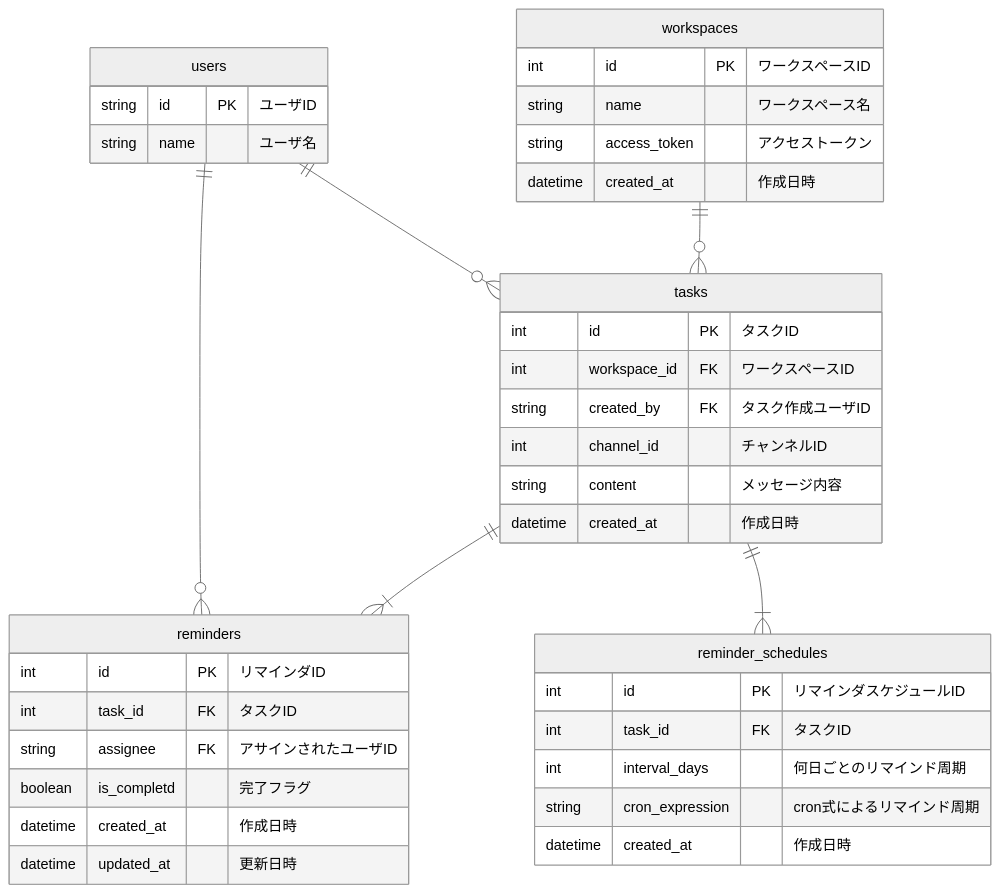
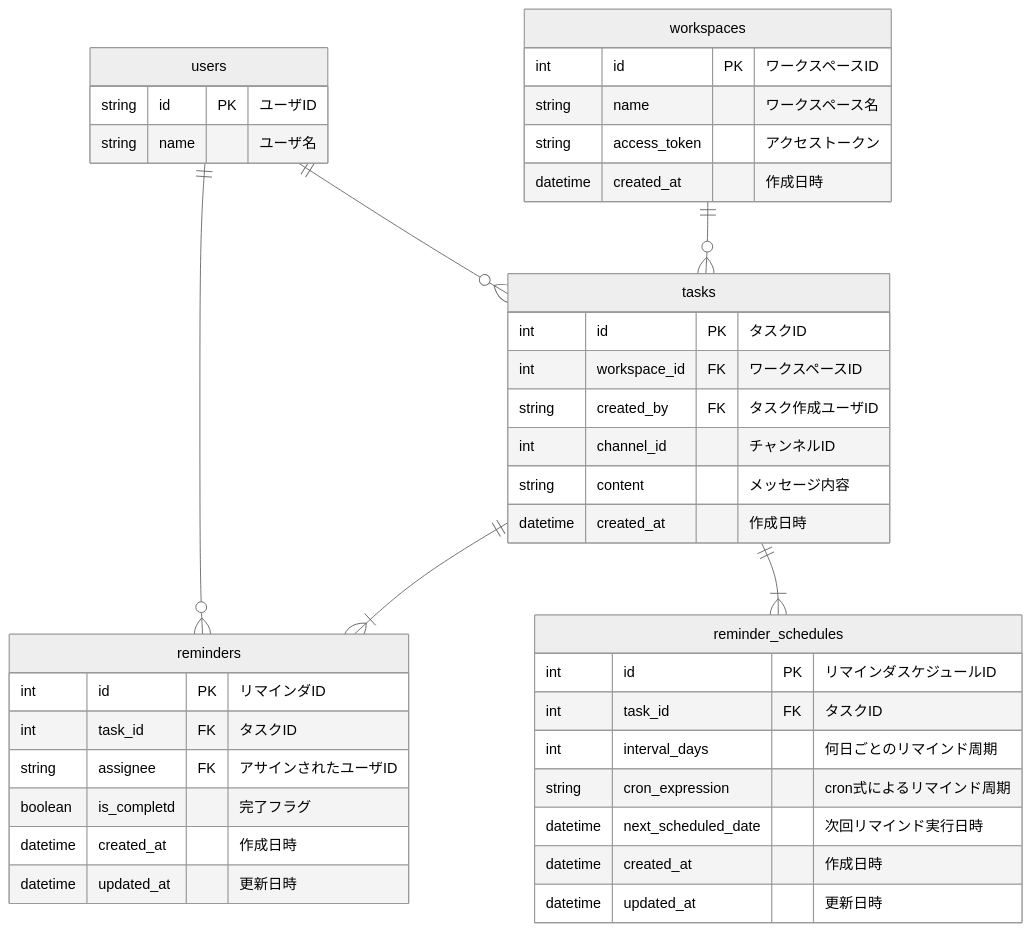
One commit to ssfuno/praha_issues changed the diagram in db_modeling_4/issue.md. Above: the diagram before and after it, drawn with Mermaid (neutral theme). The commit also changed 2 other files, not shown here.

Commit message:
fix: 次回リマインド実行日時を保持するように変更

````diff
--- a/db_modeling_4/issue.md
+++ b/db_modeling_4/issue.md
@@ -30,46 +30,48 @@
 ```mermaid
 erDiagram
     users ||--o{ tasks : ""
     workspaces ||--o{ tasks : ""
     users ||--o{ reminders : ""
     tasks ||--|{ reminders : ""
     tasks ||--|{ reminder_schedules : ""
 
     users {
         string id PK "ユーザID"
         string name "ユーザ名"
     }
 
     workspaces {
         int id PK "ワークスペースID"
         string name "ワークスペース名"
         string access_token "アクセストークン"
         datetime created_at "作成日時"
     }
 
     tasks {
         int id PK "タスクID"
         int workspace_id FK "ワークスペースID"
         string created_by FK "タスク作成ユーザID"
         int channel_id "チャンネルID"
         string content "メッセージ内容"
         datetime created_at "作成日時"
     }
 
     reminders {
         int id PK "リマインダID"
         int task_id FK "タスクID"
         string assignee FK "アサインされたユーザID"
         boolean is_completd "完了フラグ"
         datetime created_at "作成日時"
         datetime updated_at "更新日時"
     }
 
     reminder_schedules {
         int id PK "リマインダスケジュールID"
         int task_id FK "タスクID"
         int interval_days "何日ごとのリマインド周期"
         string cron_expression "cron式によるリマインド周期"
+        datetime next_scheduled_date "次回リマインド実行日時"
         datetime created_at "作成日時"
+        datetime updated_at "更新日時"
     }
 ```
````
